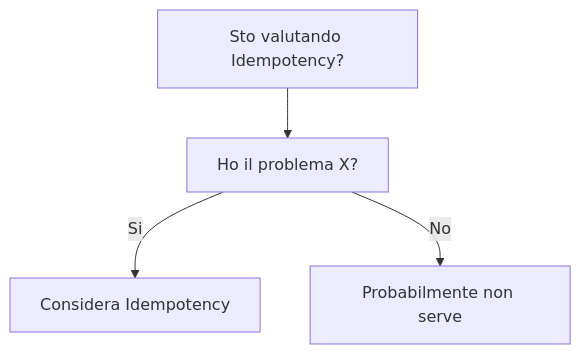
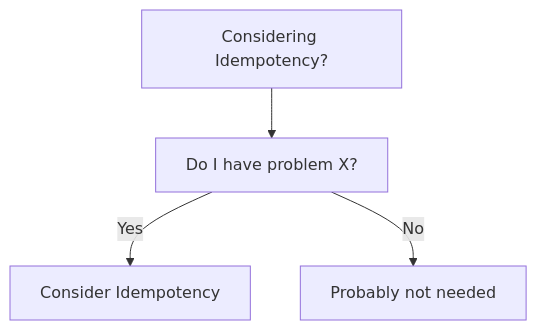
Before and after one commit to HxT9/Software-Dev-Wiki: the diagram in dev-wiki/05_Distributed_Systems/Idempotency/When_To_Use.md, drawn with Mermaid. The commit also changed other lines of this file and 3444 other files, not shown here.

````diff
--- a/dev-wiki/05_Distributed_Systems/Idempotency/When_To_Use.md
+++ b/dev-wiki/05_Distributed_Systems/Idempotency/When_To_Use.md
@@ -19,6 +19,6 @@
 ```mermaid
 flowchart TD
-  Q[Sto valutando Idempotency?] --> Q1[Ho il problema X?]
-  Q1 -->|Si| OK[Considera Idempotency]
-  Q1 -->|No| NO[Probabilmente non serve]
+  Q[Considering Idempotency?] --> Q1[Do I have problem X?]
+  Q1 -->|Yes| OK[Consider Idempotency]
+  Q1 -->|No| NO[Probably not needed]
 ```
````
